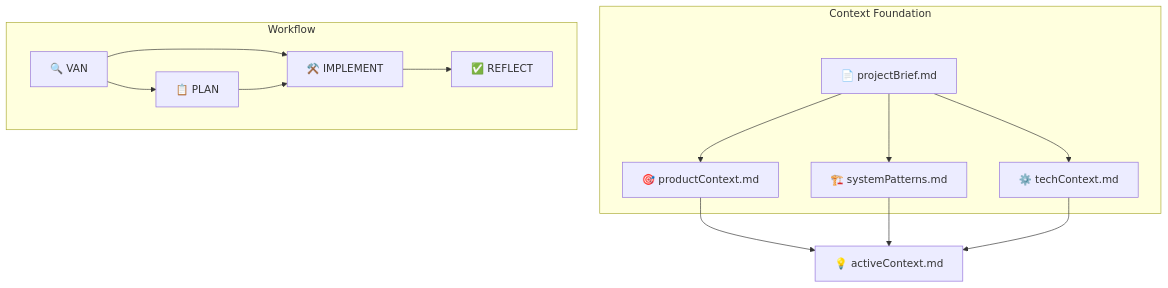
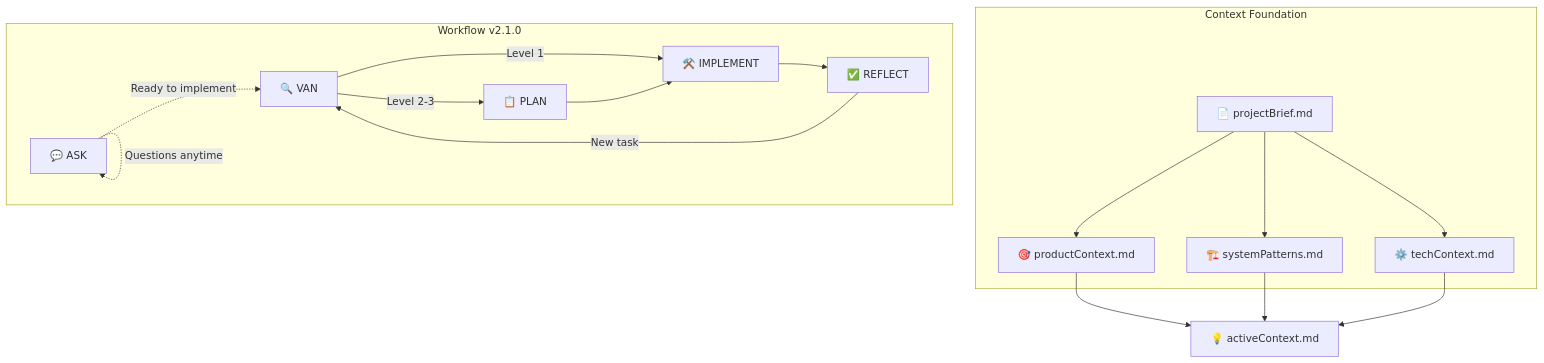
The diagram in starter-prompt.md (doublefx/claude-memory-bank), drawn with Mermaid before and after one commit. The commit also changed other lines of this file and 20 other files, not shown here.

````diff
--- a/starter-prompt.md
+++ b/starter-prompt.md
@@ -22,19 +39,22 @@
 ```mermaid
 flowchart TD
     subgraph "Context Foundation"
         PB[📄 projectBrief.md] --> PC[🎯 productContext.md]
         PB --> SP[🏗️ systemPatterns.md]
         PB --> TC[⚙️ techContext.md]
     end
     
-    subgraph "Workflow"
-        VAN[🔍 VAN] --> PLAN[📋 PLAN]
-        VAN --> IMPLEMENT[⚒️ IMPLEMENT]
+    subgraph "Workflow v2.1.0"
+        ASK[💬 ASK] -.->|Ready to implement| VAN[🔍 VAN]
+        VAN -->|Level 1| IMPLEMENT[⚒️ IMPLEMENT]
+        VAN -->|Level 2-3| PLAN[📋 PLAN]
         PLAN --> IMPLEMENT
         IMPLEMENT --> REFLECT[✅ REFLECT]
+        REFLECT -->|New task| VAN
+        ASK -.->|Questions anytime| ASK
     end
     
     PC --> AC[💡 activeContext.md]
     SP --> AC
     TC --> AC
 ```
````
